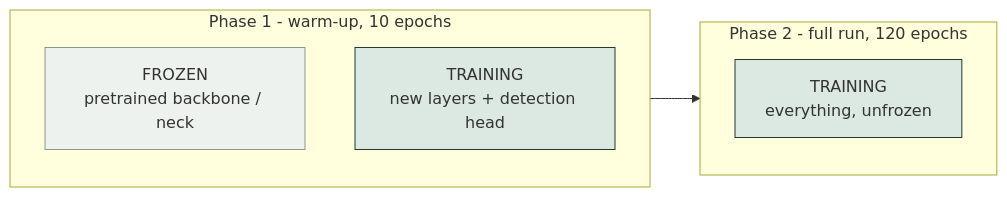
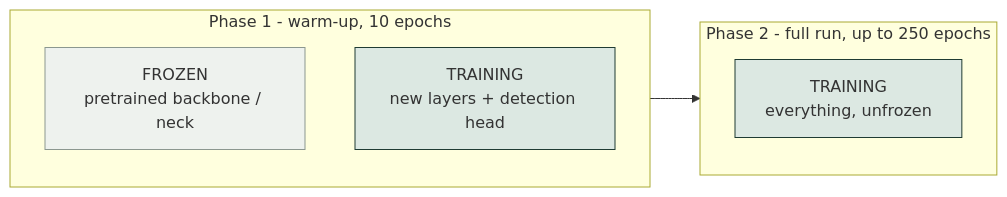
The third of 7 diagrams in docs/architecture-changes.md (Shrey-Parekh/Ewaste), drawn with Mermaid before and after one commit. The commit also changed other lines of this file and 8 other files, not shown here.

````diff
--- a/docs/architecture-changes.md
+++ b/docs/architecture-changes.md
@@ -116,16 +116,16 @@
 ```mermaid
 flowchart LR
     subgraph P1["Phase 1 - warm-up, 10 epochs"]
         direction TB
         F["FROZEN<br/>pretrained backbone / neck"]
         T["TRAINING<br/>new layers + detection head"]
     end
-    subgraph P2["Phase 2 - full run, 120 epochs"]
+    subgraph P2["Phase 2 - full run, up to 250 epochs"]
         direction TB
         A["TRAINING<br/>everything, unfrozen"]
     end
     P1 --> P2
     style F fill:#EEF2EE,stroke:#8B978F
     style T fill:#DCE8E2,stroke:#1F3B33
     style A fill:#DCE8E2,stroke:#1F3B33
 ```
````
